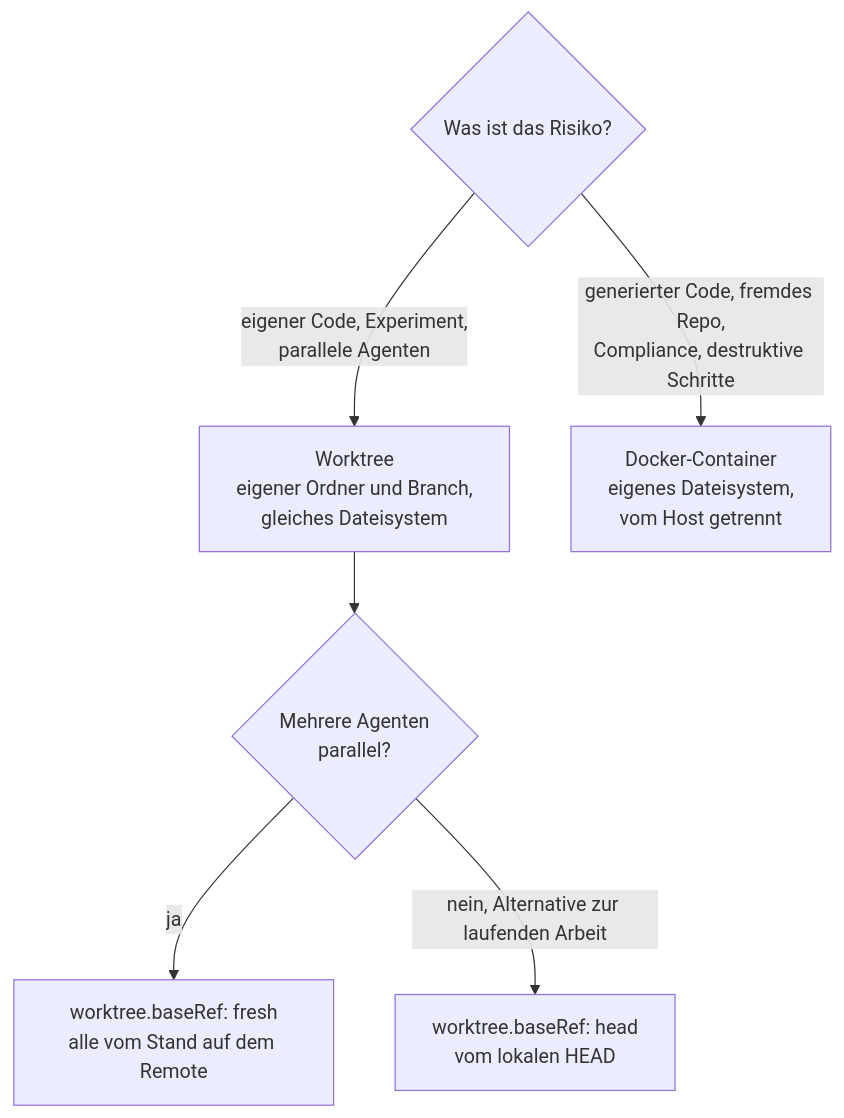
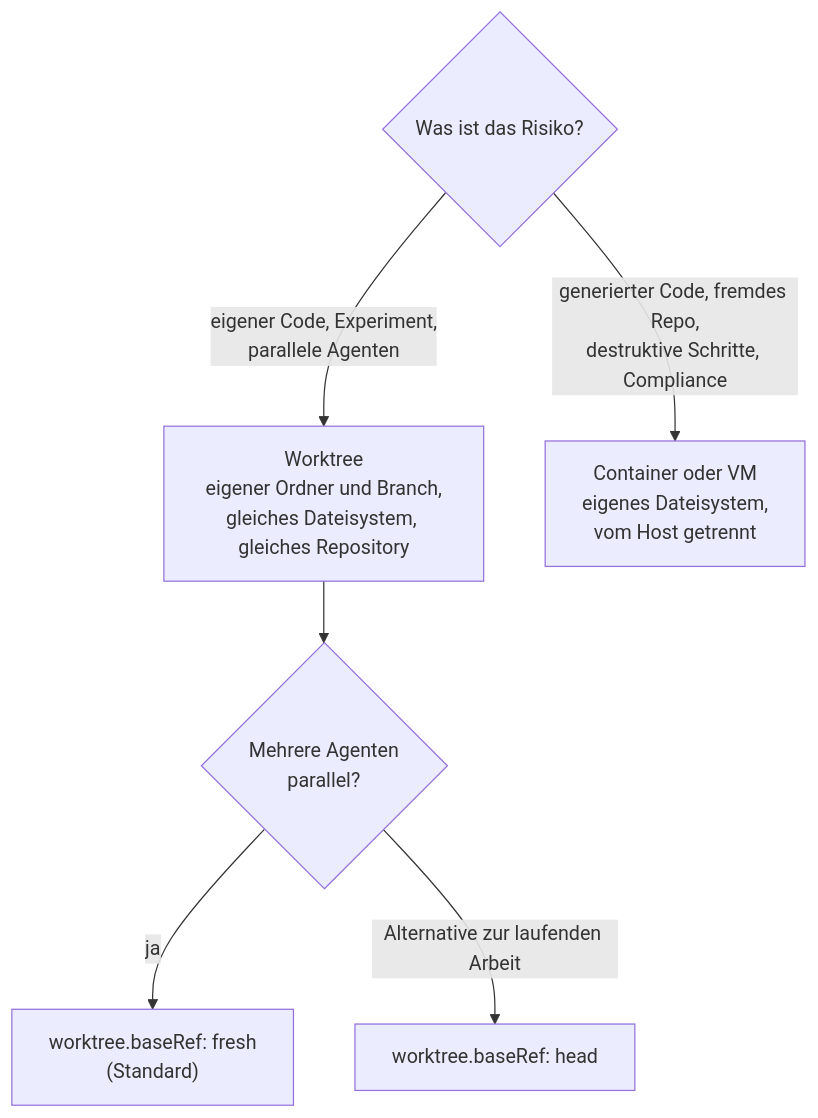
The diagram in resources/library/s4-07-isolation-docker-worktrees.md (dynamic-dome/dynamic-workshop), drawn with Mermaid before and after one commit. The commit also changed other lines of this file, not shown here.

````diff
--- a/resources/library/s4-07-isolation-docker-worktrees.md
+++ b/resources/library/s4-07-isolation-docker-worktrees.md
@@ -42,8 +43,8 @@
 ```mermaid
 flowchart TD
-  Q{"Was ist das Risiko?"} -- "eigener Code, Experiment,<br/>parallele Agenten" --> W["Worktree<br/>eigener Ordner und Branch,<br/>gleiches Dateisystem"]
-  Q -- "generierter Code, fremdes Repo,<br/>Compliance, destruktive Schritte" --> D["Docker-Container<br/>eigenes Dateisystem,<br/>vom Host getrennt"]
+  Q{"Was ist das Risiko?"} -- "eigener Code, Experiment,<br/>parallele Agenten" --> W["Worktree<br/>eigener Ordner und Branch,<br/>gleiches Dateisystem, gleiches Repository"]
+  Q -- "generierter Code, fremdes Repo,<br/>destruktive Schritte, Compliance" --> D["Container oder VM<br/>eigenes Dateisystem,<br/>vom Host getrennt"]
   W --> P{"Mehrere Agenten<br/>parallel?"}
-  P -- "ja" --> F["worktree.baseRef: fresh<br/>alle vom Stand auf dem Remote"]
-  P -- "nein, Alternative zur laufenden Arbeit" --> H["worktree.baseRef: head<br/>vom lokalen HEAD"]
+  P -- "ja" --> F["worktree.baseRef: fresh<br/>(Standard)"]
+  P -- "Alternative zur laufenden Arbeit" --> H["worktree.baseRef: head"]
 ```
````
